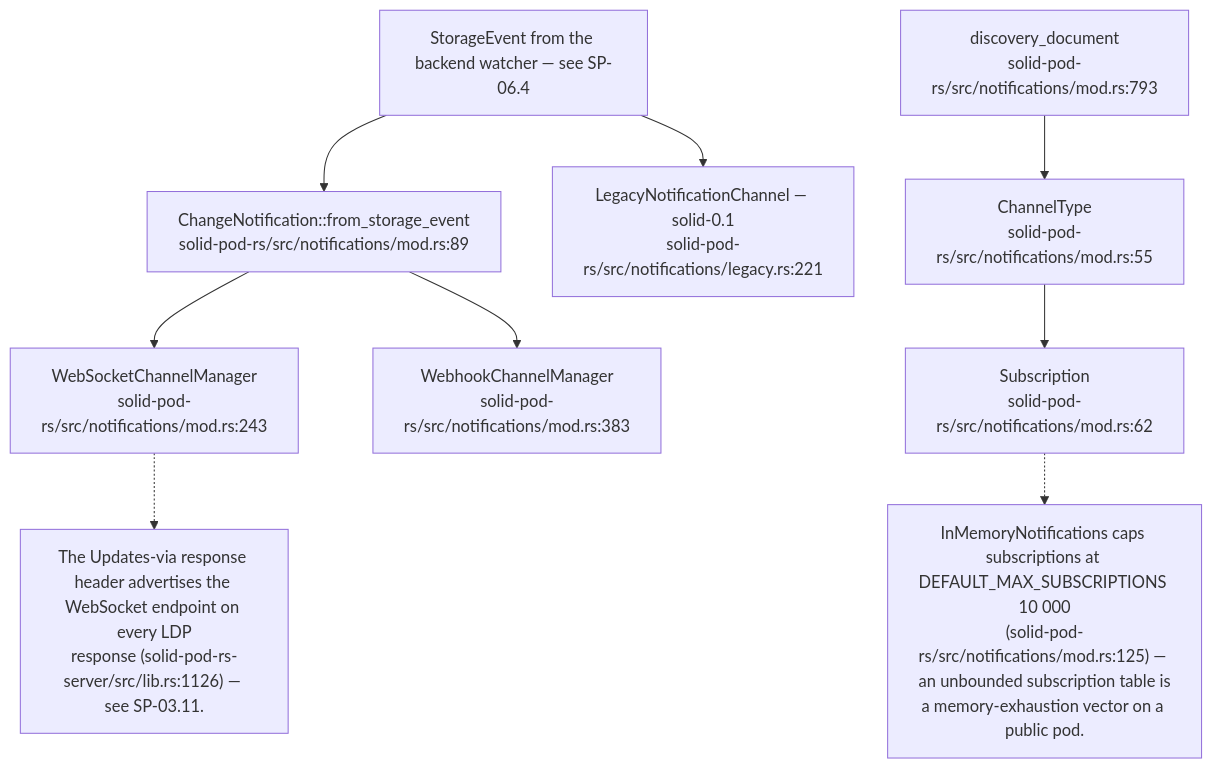
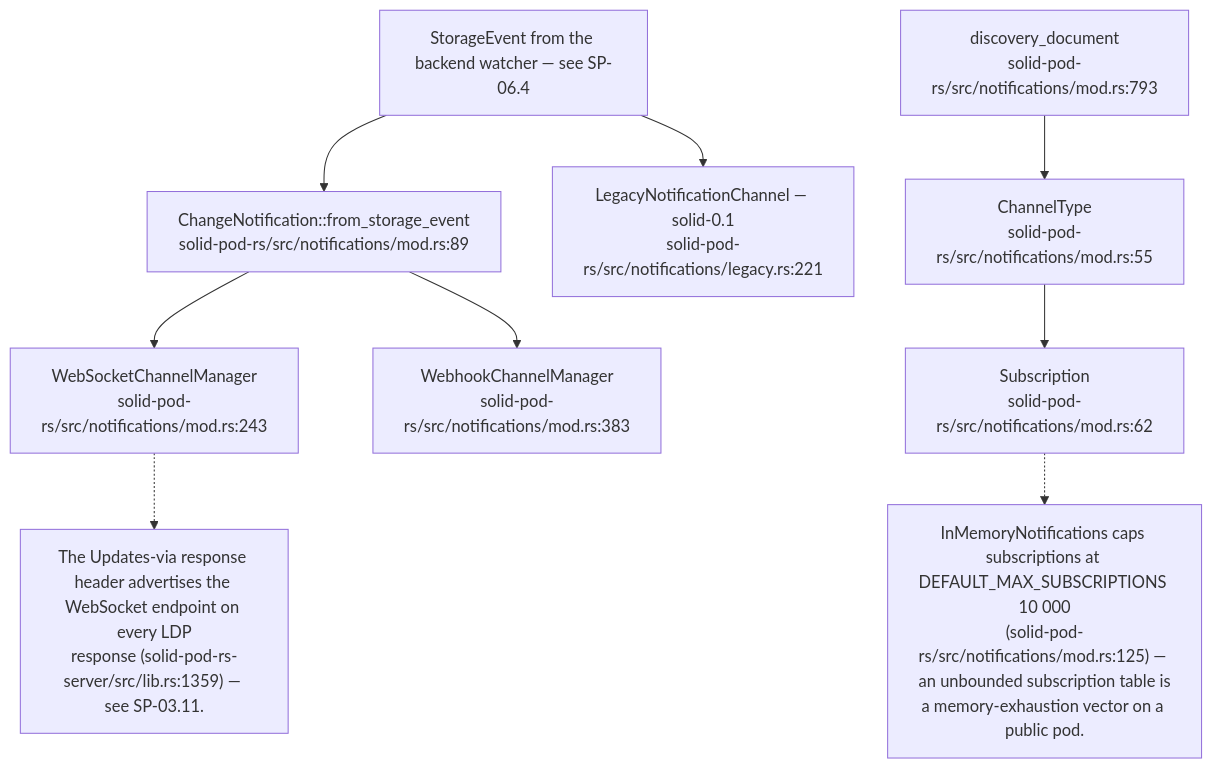
Before and after one commit to DreamLab-AI/VisionFlow: the first of 17 diagrams in docs/diagrams/solid-pod-rs/08-federation-notifications-forge-mcp.md, drawn with Mermaid. The commit also changed other lines of this file and 160 other files, not shown here.

````diff
--- a/docs/diagrams/solid-pod-rs/08-federation-notifications-forge-mcp.md
+++ b/docs/diagrams/solid-pod-rs/08-federation-notifications-forge-mcp.md
@@ -46,22 +56,22 @@
 ```mermaid
 flowchart TD
     SE["StorageEvent from the backend watcher — see SP-06.4"]
     CN["ChangeNotification::from_storage_event<br/>solid-pod-rs/src/notifications/mod.rs:89"]
     WS["WebSocketChannelManager<br/>solid-pod-rs/src/notifications/mod.rs:243"]
     WH["WebhookChannelManager<br/>solid-pod-rs/src/notifications/mod.rs:383"]
     LEG["LegacyNotificationChannel — solid-0.1<br/>solid-pod-rs/src/notifications/legacy.rs:221"]
     DISC["discovery_document<br/>solid-pod-rs/src/notifications/mod.rs:793"]
     SUB["Subscription<br/>solid-pod-rs/src/notifications/mod.rs:62"]
     CT["ChannelType<br/>solid-pod-rs/src/notifications/mod.rs:55"]
 
     SE --> CN
     CN --> WS
     CN --> WH
     SE --> LEG
     DISC --> CT --> SUB
 
     N["InMemoryNotifications caps subscriptions at DEFAULT_MAX_SUBSCRIPTIONS 10 000<br/>(solid-pod-rs/src/notifications/mod.rs:125) — an unbounded subscription table is<br/>a memory-exhaustion vector on a public pod."]
     SUB -.-> N
-    N2["The Updates-via response header advertises the WebSocket endpoint on every LDP<br/>response (solid-pod-rs-server/src/lib.rs:1126) — see SP-03.11."]
+    N2["The Updates-via response header advertises the WebSocket endpoint on every LDP<br/>response (solid-pod-rs-server/src/lib.rs:1359) — see SP-03.11."]
     WS -.-> N2
 ```
````
